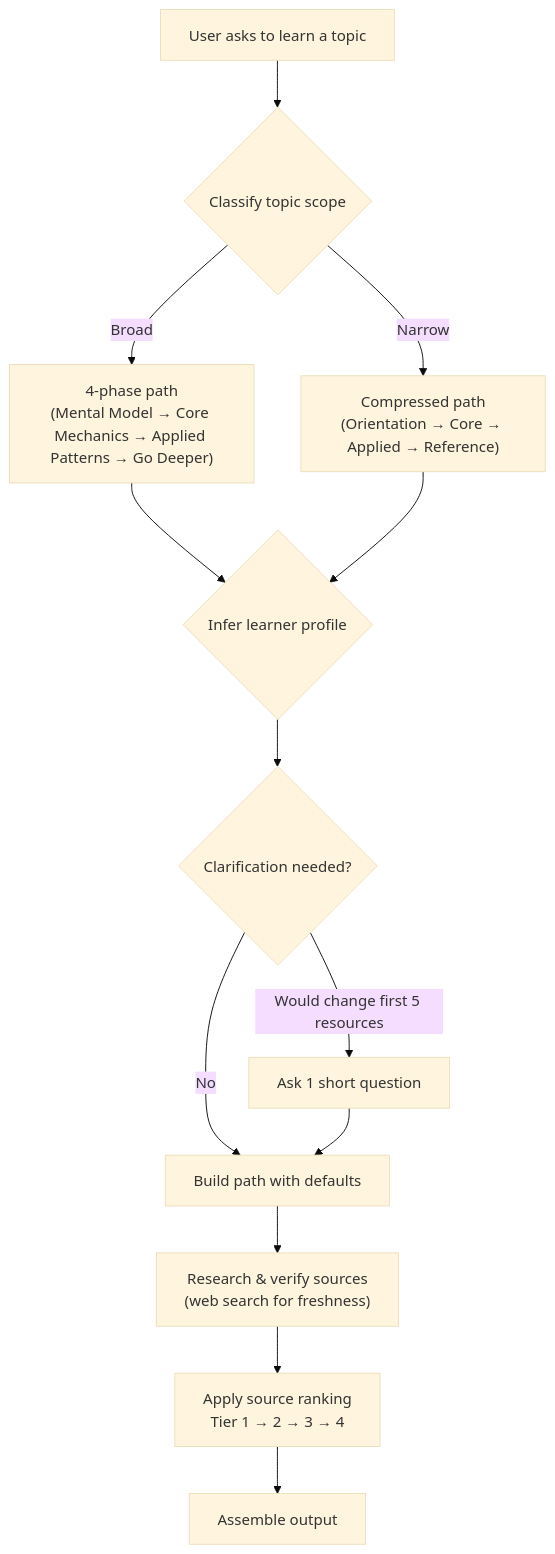
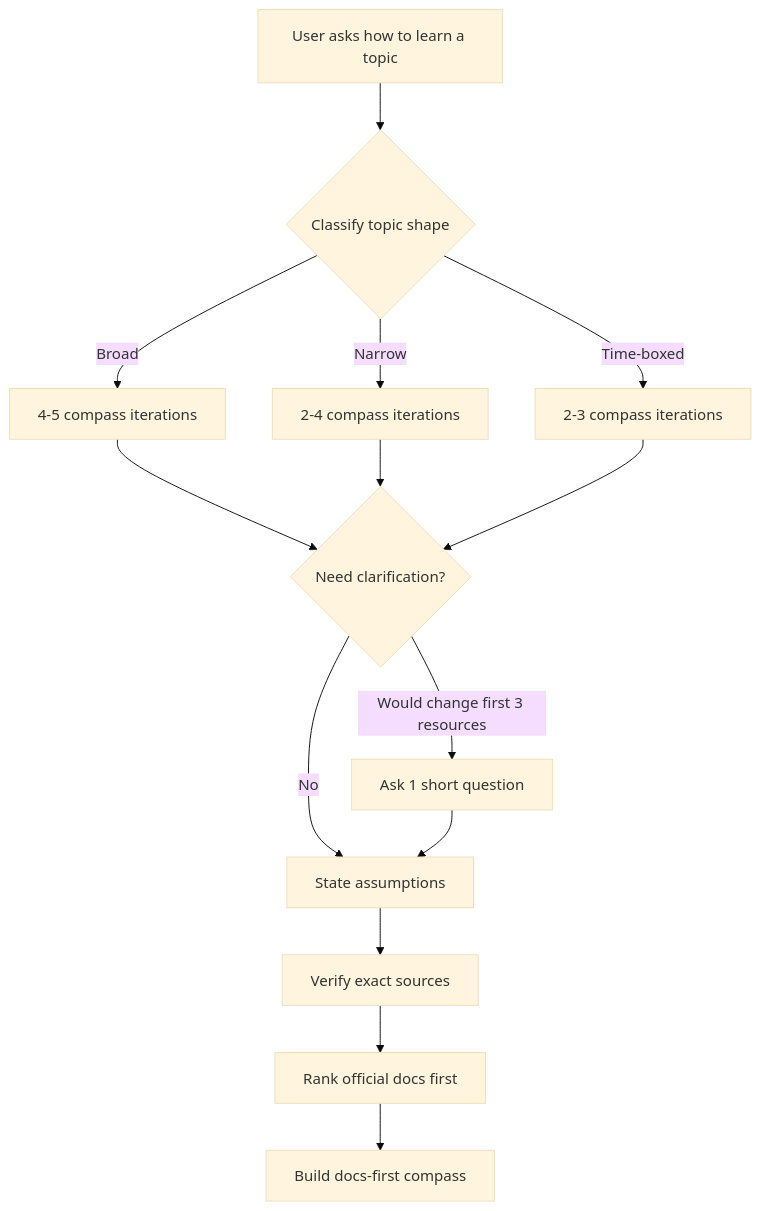
One commit to ayhammouda/mentor changed the first of 3 diagrams in README.md. Above: the diagram before and after it, drawn with Mermaid (base theme). The commit also changed other lines of this file and 12 other files, not shown here.

````diff
--- a/README.md
+++ b/README.md
@@ -46,15 +57,16 @@
 ```mermaid
 flowchart TD
-    A["User asks to learn a topic"] --> B{"Classify topic scope"}
-    B -->|Broad| C["4-phase path\n(Mental Model → Core Mechanics → Applied Patterns → Go Deeper)"]
-    B -->|Narrow| D["Compressed path\n(Orientation → Core → Applied → Reference)"]
-    C --> E{"Infer learner profile"}
-    D --> E
-    E --> F{"Clarification needed?"}
-    F -->|"Would change first 5 resources"| G["Ask 1 short question"]
-    F -->|No| H["Build path with defaults"]
+    A["User asks how to learn a topic"] --> B{"Classify topic shape"}
+    B -->|Broad| C["4-5 compass iterations"]
+    B -->|Narrow| D["2-4 compass iterations"]
+    B -->|Time-boxed| E["2-3 compass iterations"]
+    C --> F{"Need clarification?"}
+    D --> F
+    E --> F
+    F -->|"Would change first 3 resources"| G["Ask 1 short question"]
+    F -->|No| H["State assumptions"]
     G --> H
-    H --> I["Research & verify sources\n(web search for freshness)"]
-    I --> J["Apply source ranking\nTier 1 → 2 → 3 → 4"]
-    J --> K["Assemble output"]
+    H --> I["Verify exact sources"]
+    I --> J["Rank official docs first"]
+    J --> K["Build docs-first compass"]
 ```
````
